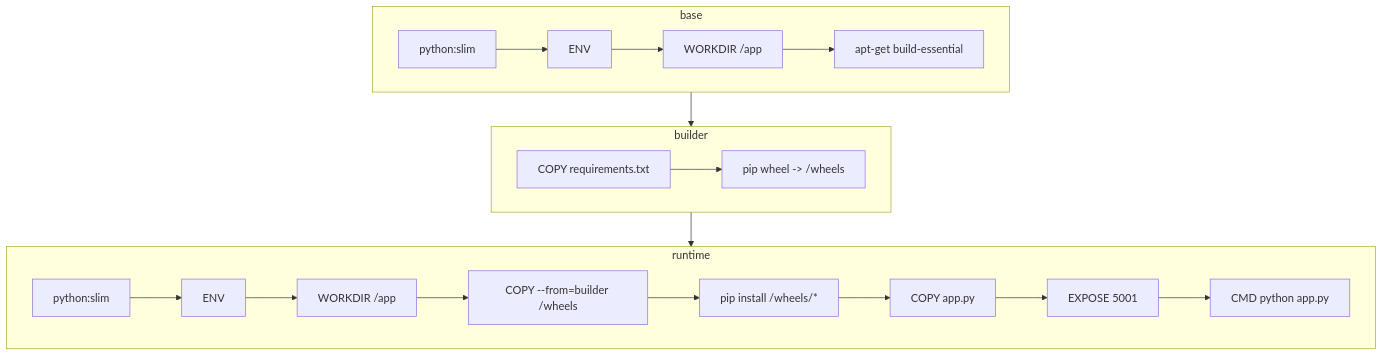
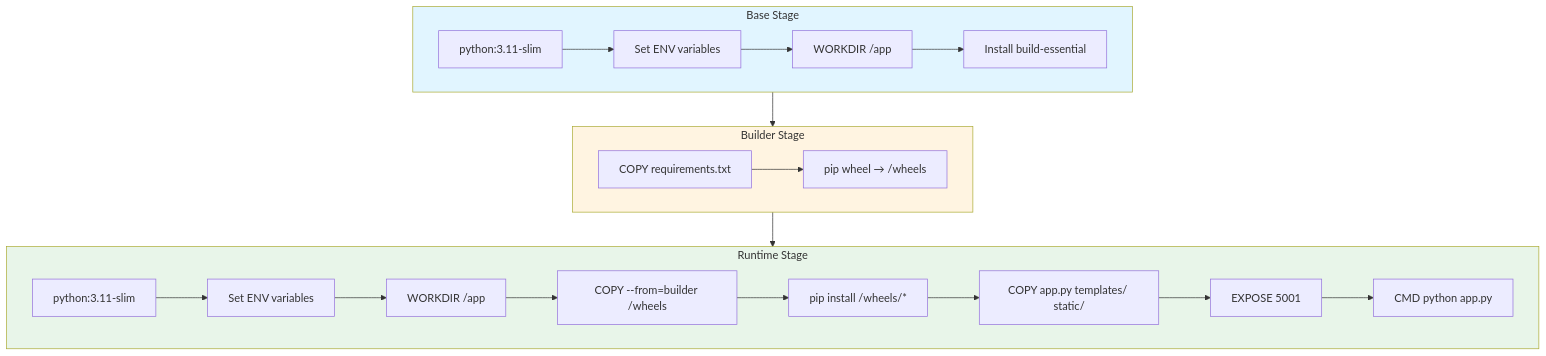
One commit to githuber20202/JB-PROJECT changed the third of 3 diagrams in Readme.md. Above: the diagram before and after it, drawn with Mermaid. The commit also changed other lines of this file and 4 other files, not shown here.

````diff
--- a/Readme.md
+++ b/Readme.md
@@ -346,21 +611,28 @@
 ```mermaid
 flowchart TB
-  subgraph base
-    a1[python:slim] --> a2[ENV]
-    a2 --> a3[WORKDIR /app]
-    a3 --> a4[apt-get build-essential]
-  end
-  subgraph builder
-    b1[COPY requirements.txt] --> b2[pip wheel -> /wheels]
-  end
-  subgraph runtime
-    c1[python:slim] --> c2[ENV]
-    c2 --> c3[WORKDIR /app]
-    c3 --> c4[COPY --from=builder /wheels]
-    c4 --> c5[pip install /wheels/*]
-    c5 --> c6[COPY app.py]
-    c6 --> c7[EXPOSE 5001]
-    c7 --> c8[CMD python app.py]
-  end
-  base --> builder --> runtime
+    subgraph base["Base Stage"]
+        a1[python:3.11-slim] --> a2[Set ENV variables]
+        a2 --> a3[WORKDIR /app]
+        a3 --> a4[Install build-essential]
+    end
+    
+    subgraph builder["Builder Stage"]
+        b1[COPY requirements.txt] --> b2[pip wheel → /wheels]
+    end
+    
+    subgraph runtime["Runtime Stage"]
+        c1[python:3.11-slim] --> c2[Set ENV variables]
+        c2 --> c3[WORKDIR /app]
+        c3 --> c4[COPY --from=builder /wheels]
+        c4 --> c5[pip install /wheels/*]
+        c5 --> c6[COPY app.py templates/ static/]
+        c6 --> c7[EXPOSE 5001]
+        c7 --> c8[CMD python app.py]
+    end
+    
+    base --> builder --> runtime
+    
+    style base fill:#e1f5ff
+    style builder fill:#fff4e1
+    style runtime fill:#e8f5e9
 ```
````
